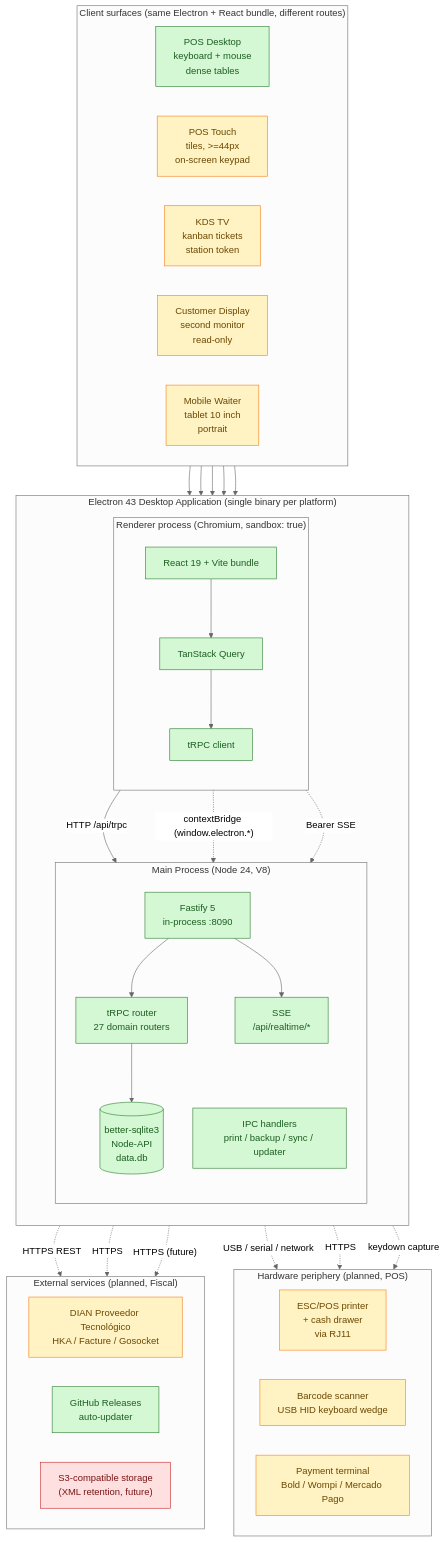
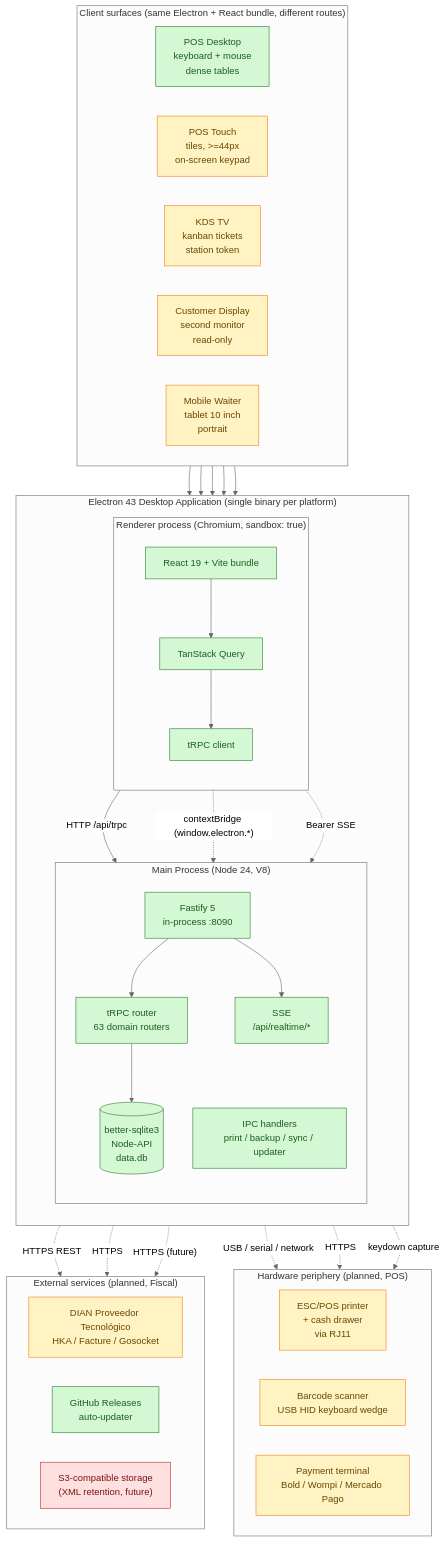
The diagram in docs/architecture.mmd (johnny4young/puntovivo), drawn with Mermaid (neutral theme) before and after one commit. The commit also changed 391 other files, not shown here.

```diff
--- a/docs/architecture.mmd
+++ b/docs/architecture.mmd
@@ -1,80 +1,80 @@
 %% Puntovivo architecture — high-level process and client surface topology
 %% Render: pnpm dlx @mermaid-js/mermaid-cli -i docs/architecture.mmd -o docs/architecture.svg -b transparent
 %% The -b transparent flag is required: mermaid-cli defaults to a white page
 %% background, which regresses the diagram on dark-mode surfaces. The SVG
 %% root style must keep background-color: transparent after every re-render.
 %% Source of truth for the system diagram embedded in docs/ARCHITECTURE.md and README.md.
 
 flowchart TB
   subgraph Electron["Electron 43 Desktop Application (single binary per platform)"]
     direction TB
 
     subgraph Main["Main Process (Node 24, V8)"]
       direction TB
       F["Fastify 5<br/>in-process :8090"]
-      T["tRPC router<br/>27 domain routers"]
+      T["tRPC router<br/>63 domain routers"]
       DB[("better-sqlite3<br/>Node-API<br/>data.db")]
       IPC["IPC handlers<br/>print / backup / sync / updater"]
       SSE["SSE<br/>/api/realtime/*"]
       F --> T
       F --> SSE
       T --> DB
     end
 
     subgraph Renderer["Renderer process (Chromium, sandbox: true)"]
       direction TB
       R["React 19 + Vite bundle"]
       Q["TanStack Query"]
       C["tRPC client"]
       R --> Q --> C
     end
 
     C -- "HTTP /api/trpc" --> F
     R -. "contextBridge (window.electron.*)" .-> IPC
     R -. "Bearer SSE" .-> SSE
   end
 
   subgraph Surfaces["Client surfaces (same Electron + React bundle, different routes)"]
     direction LR
     POSD["POS Desktop<br/>keyboard + mouse<br/>dense tables"]
     POST["POS Touch<br/>tiles, >=44px<br/>on-screen keypad"]
     KDS["KDS TV<br/>kanban tickets<br/>station token"]
     CUST["Customer Display<br/>second monitor<br/>read-only"]
     MOB["Mobile Waiter<br/>tablet 10 inch<br/>portrait"]
   end
 
   POSD --> Renderer
   POST --> Renderer
   KDS --> Renderer
   CUST --> Renderer
   MOB --> Renderer
 
   subgraph Peripherals["Hardware periphery (planned, POS)"]
     direction LR
     ESCP["ESC/POS printer<br/>+ cash drawer<br/>via RJ11"]
     SCAN["Barcode scanner<br/>USB HID keyboard wedge"]
     DAT["Payment terminal<br/>Bold / Wompi / Mercado Pago"]
   end
 
   IPC -. "USB / serial / network" .-> ESCP
   Renderer -. "keydown capture" .-> SCAN
   T -. "HTTPS" .-> DAT
 
   subgraph External["External services (planned, Fiscal)"]
     direction LR
     PT["DIAN Proveedor Tecnológico<br/>HKA / Facture / Gosocket"]
     UPD["GitHub Releases<br/>auto-updater"]
     S3["S3-compatible storage<br/>(XML retention, future)"]
   end
 
   T -. "HTTPS REST" .-> PT
   IPC -. "HTTPS" .-> UPD
   IPC -. "HTTPS (future)" .-> S3
 
   classDef shipped fill:#d4f7d4,stroke:#2e7d32,color:#1b5e20
   classDef planned fill:#fff3c4,stroke:#f57f17,color:#6b4700
   classDef future fill:#ffe0e0,stroke:#c62828,color:#7a1313
 
   class F,T,DB,IPC,SSE,R,Q,C,POSD,UPD shipped
   class POST,KDS,CUST,MOB,ESCP,SCAN,DAT,PT planned
   class S3 future
```
